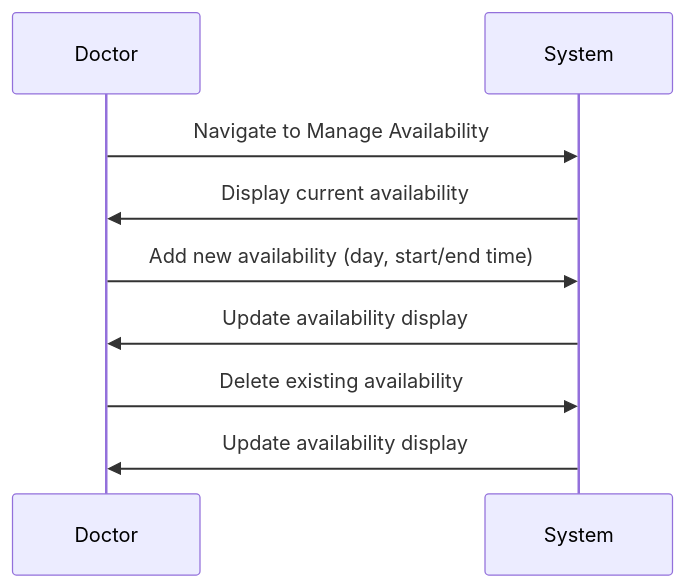
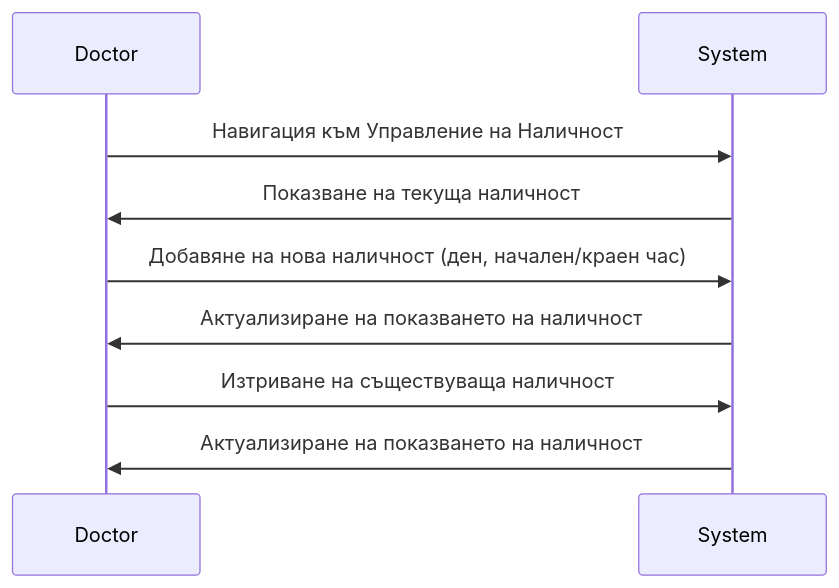
The second of 3 diagrams in docs/guides/user-guide.md (RadostV/webmedicalscheduler), drawn with Mermaid before and after one commit. The commit also changed other lines of this file and 39 other files, not shown here.

````diff
--- a/docs/guides/user-guide.md
+++ b/docs/guides/user-guide.md
@@ -102,14 +102,14 @@
 ```mermaid
 sequenceDiagram
     participant Doctor
     participant System
 
-    Doctor->>System: Navigate to Manage Availability
-    System->>Doctor: Display current availability
+    Doctor->>System: Навигация към Управление на Наличност
+    System->>Doctor: Показване на текуща наличност
 
-    Doctor->>System: Add new availability (day, start/end time)
-    System->>Doctor: Update availability display
+    Doctor->>System: Добавяне на нова наличност (ден, начален/краен час)
+    System->>Doctor: Актуализиране на показването на наличност
 
-    Doctor->>System: Delete existing availability
-    System->>Doctor: Update availability display
+    Doctor->>System: Изтриване на съществуваща наличност
+    System->>Doctor: Актуализиране на показването на наличност
 ```
````
